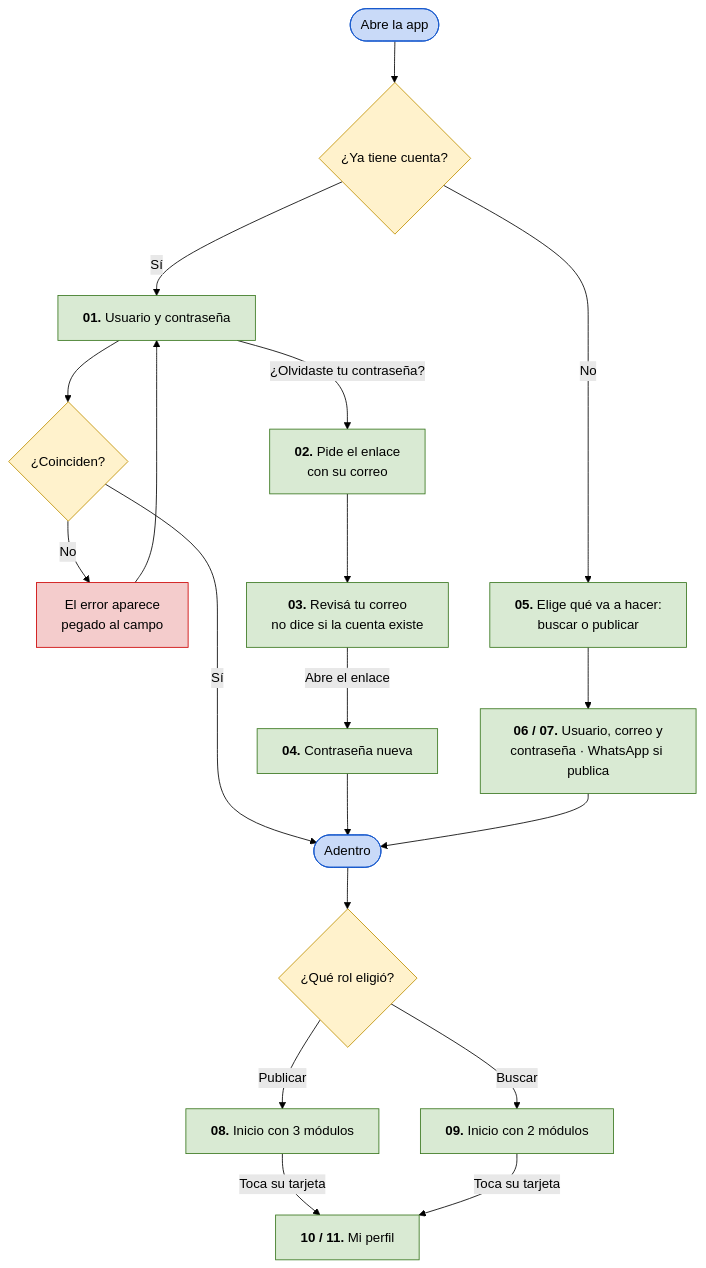
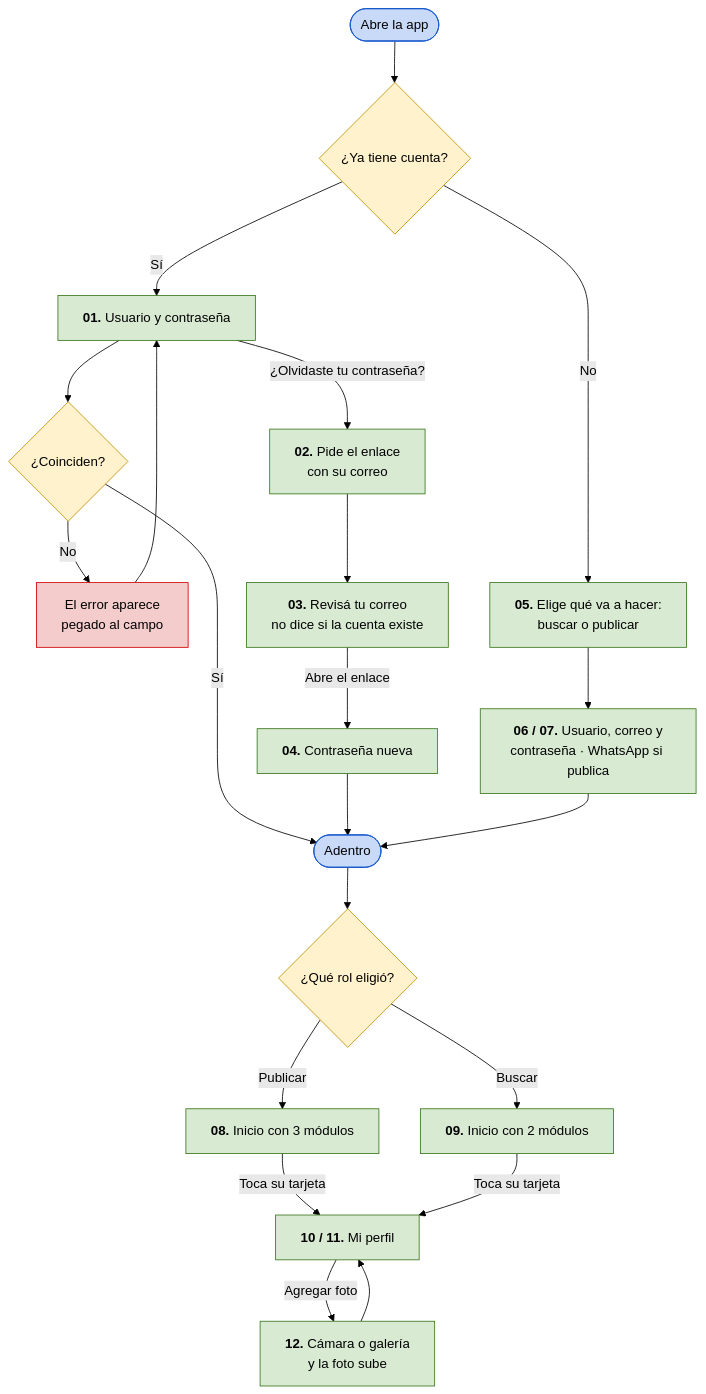
One commit to gadrilee/PetConnect changed the diagram in flujo/flujo-v0.3.md. Above: the diagram before and after it, drawn with Mermaid (forest theme). The commit also changed other lines of this file and 25 other files, not shown here.

````diff
--- a/flujo/flujo-v0.3.md
+++ b/flujo/flujo-v0.3.md
@@ -23,35 +23,37 @@
 ```mermaid
 flowchart TD
     S([Abre la app]) --> A{"¿Ya tiene cuenta?"}
 
     A -->|Sí| L1["<b>01.</b> Usuario y contraseña"]
     L1 --> L2{"¿Coinciden?"}
     L2 -->|No| E1["El error aparece<br/>pegado al campo"]
     E1 --> L1
     L2 -->|Sí| F([Adentro])
 
     L1 -->|¿Olvidaste tu contraseña?| O1["<b>02.</b> Pide el enlace<br/>con su correo"]
     O1 --> O2["<b>03.</b> Revisá tu correo<br/>no dice si la cuenta existe"]
     O2 -->|Abre el enlace| O3["<b>04.</b> Contraseña nueva"]
     O3 --> F
 
     A -->|No| R1["<b>05.</b> Elige qué va a hacer:<br/>buscar o publicar"]
     R1 --> R2["<b>06 / 07.</b> Usuario, correo y<br/>contraseña · WhatsApp si publica"]
     R2 --> F
 
     F --> D{"¿Qué rol eligió?"}
     D -->|Publicar| P8["<b>08.</b> Inicio con 3 módulos"]
     D -->|Buscar| P9["<b>09.</b> Inicio con 2 módulos"]
     P8 -->|Toca su tarjeta| M["<b>10 / 11.</b> Mi perfil"]
     P9 -->|Toca su tarjeta| M
+    M -->|Agregar foto| FT["<b>12.</b> Cámara o galería<br/>y la foto sube"]
+    FT --> M
 
     classDef paso fill:#d9ead3,stroke:#38761d,color:#000
     classDef error fill:#f4cccc,stroke:#cc0000,color:#000
     classDef borde fill:#c9daf8,stroke:#1155cc,color:#000
     classDef otro fill:#fff2cc,stroke:#bf9000,color:#000
 
-    class L1,O1,O2,O3,R1,R2,P8,P9,M paso
+    class L1,O1,O2,O3,R1,R2,P8,P9,M,FT paso
     class E1 error
     class S,F borde
     class A,L2,D otro
 ```
````
